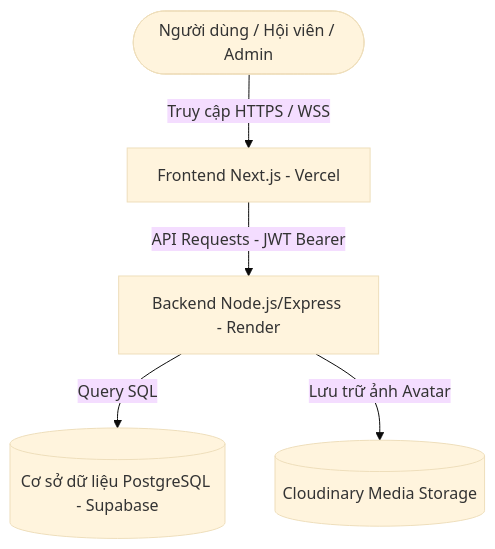
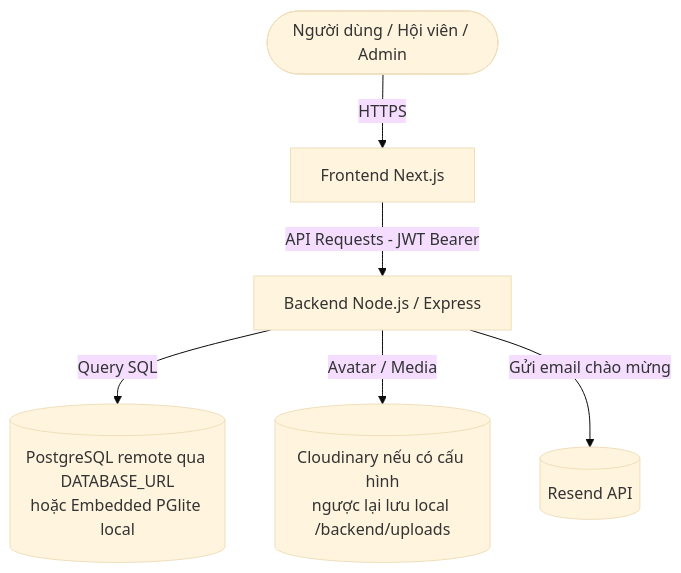
The diagram in README.md (Taiyo1108/smashteam-badminton), drawn with Mermaid (base theme) before and after one commit. The commit also changed other lines of this file, not shown here.

Commit message:
docs(readme): rewrite to match actual codebase (PGlite/PG dual DB, Resend email, QR+code check-in window, ELO/shop/campaigns)

````diff
--- a/README.md
+++ b/README.md
@@ -11,7 +11,8 @@
 ```mermaid
 graph TD
-    User([Người dùng / Hội viên / Admin]) -->|Truy cập HTTPS / WSS| FE[Frontend Next.js - Vercel]
-    FE -->|API Requests - JWT Bearer| BE[Backend Node.js/Express - Render]
-    BE -->|Query SQL| DB[(Cơ sở dữ liệu PostgreSQL - Supabase)]
-    BE -->|Lưu trữ ảnh Avatar| Cloudinary[(Cloudinary Media Storage)]
+    User([Người dùng / Hội viên / Admin]) -->|HTTPS| FE[Frontend Next.js]
+    FE -->|API Requests - JWT Bearer| BE[Backend Node.js / Express]
+    BE -->|Query SQL| DB[(PostgreSQL remote qua DATABASE_URL<br/>hoặc Embedded PGlite local)]
+    BE -->|Avatar / Media| ST[(Cloudinary nếu có cấu hình<br/>ngược lại lưu local /backend/uploads)]
+    BE -->|Gửi email chào mừng| RS[(Resend API)]
 ```
````
